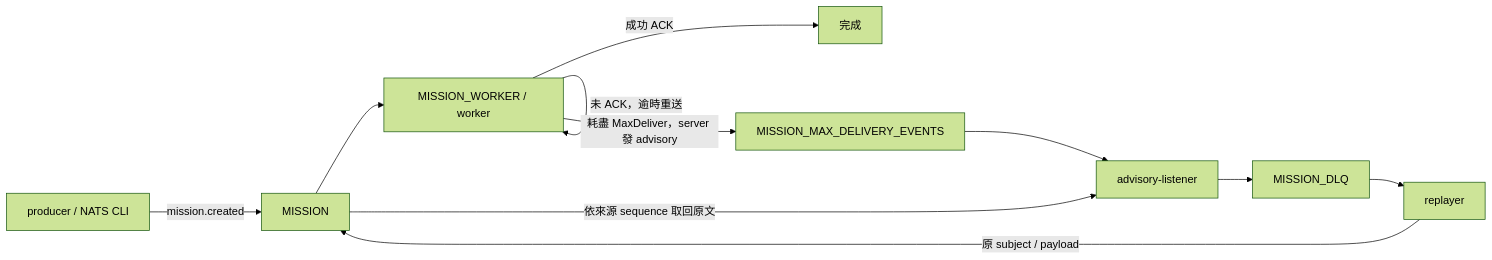
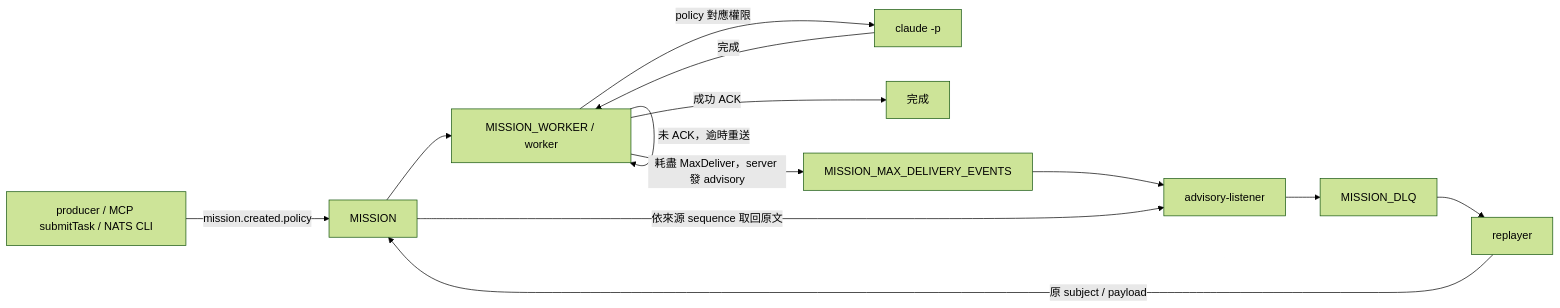
Before and after one commit to savitar2001/JetRelay: the diagram in README.md, drawn with Mermaid (forest theme). The commit also changed other lines of this file and 22 other files, not shown here.

First line of the commit message:
feat: run Claude Code agent for tasks from producer and MCP server

````diff
--- a/README.md
+++ b/README.md
@@ -198,13 +270,15 @@
 ```mermaid
 flowchart LR
-    P[producer / NATS CLI] -->|mission.created| M[MISSION]
+    P[producer / MCP submitTask / NATS CLI] -->|mission.created.policy| M[MISSION]
     M --> W[MISSION_WORKER / worker]
+    W -->|policy 對應權限| A[claude -p]
+    A -->|完成| W
     W -->|成功 ACK| Done[完成]
     W -->|未 ACK，逾時重送| W
     W -->|耗盡 MaxDeliver，server 發 advisory| E[MISSION_MAX_DELIVERY_EVENTS]
     E --> L[advisory-listener]
     M -->|依來源 sequence 取回原文| L
     L --> D[MISSION_DLQ]
     D --> R[replayer]
     R -->|原 subject / payload| M
 ```
````
